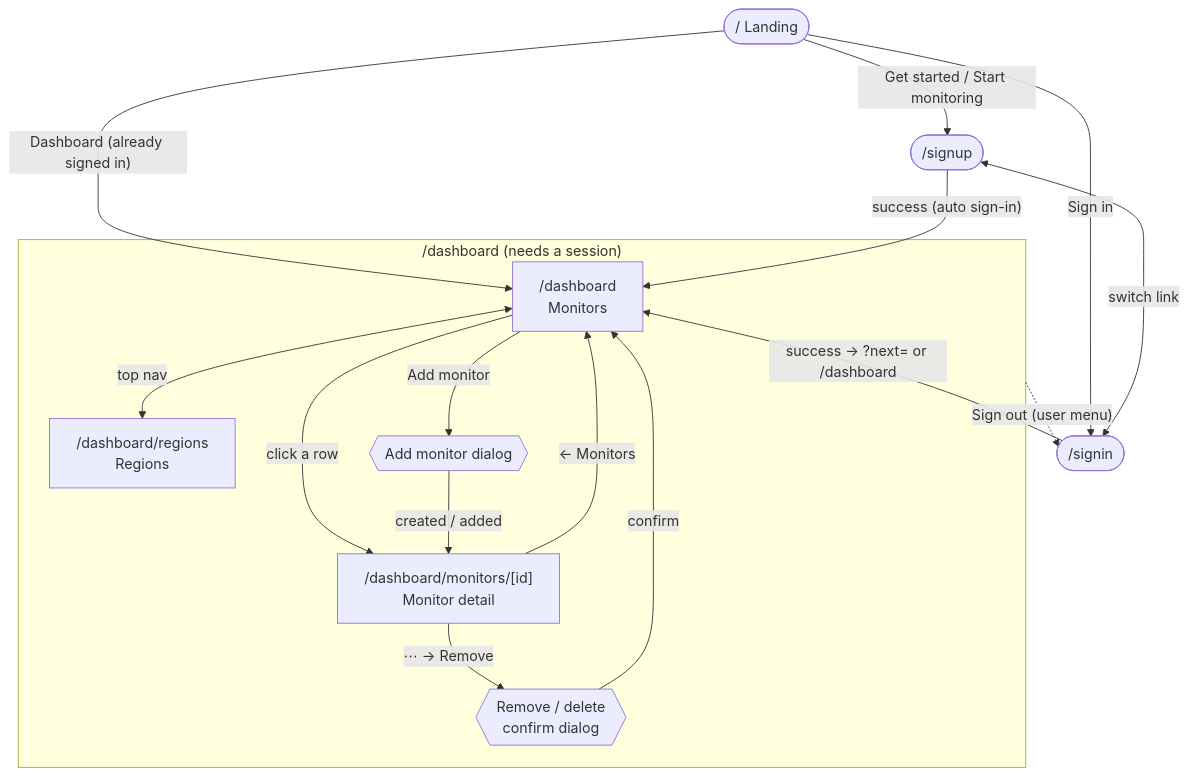
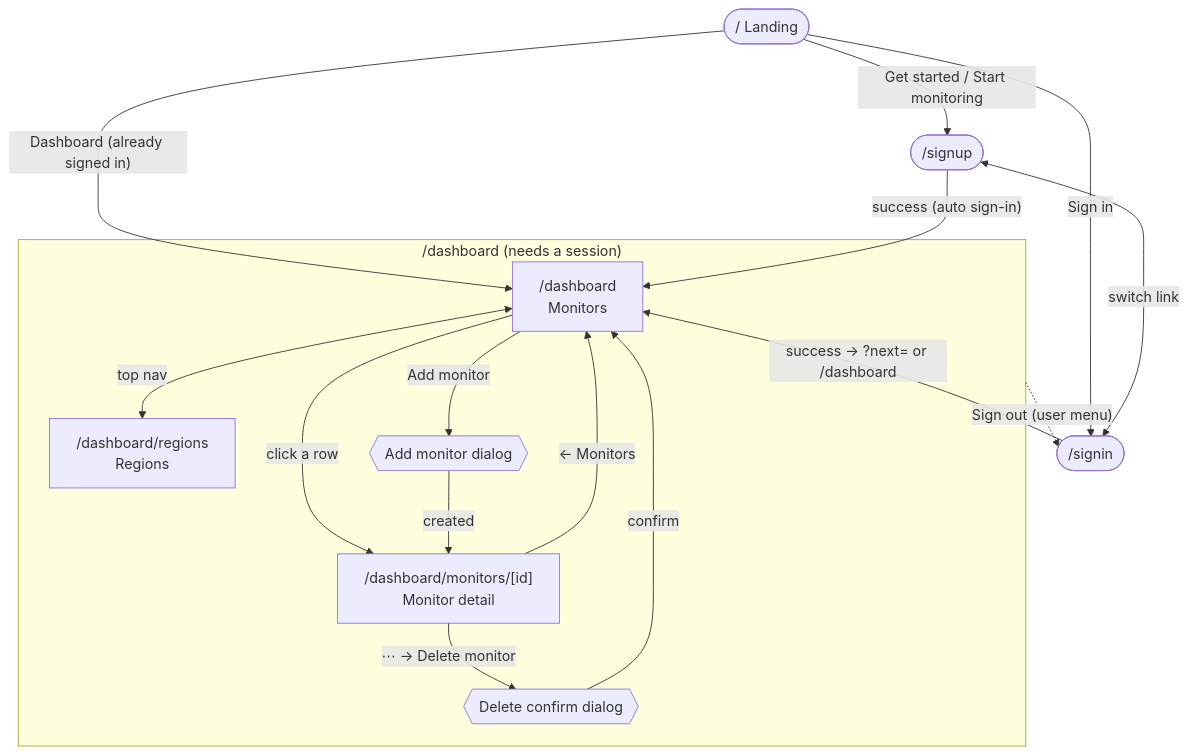
The first of 6 diagrams in apps/web/README.md (huhh-myan/betterstack), drawn with Mermaid before and after one commit. The commit also changed other lines of this file and 11 other files, not shown here.

````diff
--- a/apps/web/README.md
+++ b/apps/web/README.md
@@ -90,31 +104,31 @@
 ```mermaid
 flowchart TD
     landing(["/ Landing"])
     signin(["/signin"])
     signup(["/signup"])
 
     subgraph app["/dashboard (needs a session)"]
         dash["/dashboard<br/>Monitors"]
         detail["/dashboard/monitors/[id]<br/>Monitor detail"]
         regions["/dashboard/regions<br/>Regions"]
         addDlg{{"Add monitor dialog"}}
-        rmDlg{{"Remove / delete<br/>confirm dialog"}}
+        rmDlg{{"Delete confirm dialog"}}
     end
 
     landing -- "Get started / Start monitoring" --> signup
     landing -- "Sign in" --> signin
     landing -- "Dashboard (already signed in)" --> dash
     signin <-->|"switch link"| signup
     signin -- "success → ?next= or /dashboard" --> dash
     signup -- "success (auto sign-in)" --> dash
 
     dash -- "click a row" --> detail
     dash -- "Add monitor" --> addDlg
-    addDlg -- "created / added" --> detail
+    addDlg -- "created" --> detail
     detail -- "← Monitors" --> dash
-    detail -- "⋯ → Remove" --> rmDlg
+    detail -- "⋯ → Delete monitor" --> rmDlg
     rmDlg -- "confirm" --> dash
     dash <-->|"top nav"| regions
 
     app -. "Sign out (user menu)" .-> signin
 ```
````
